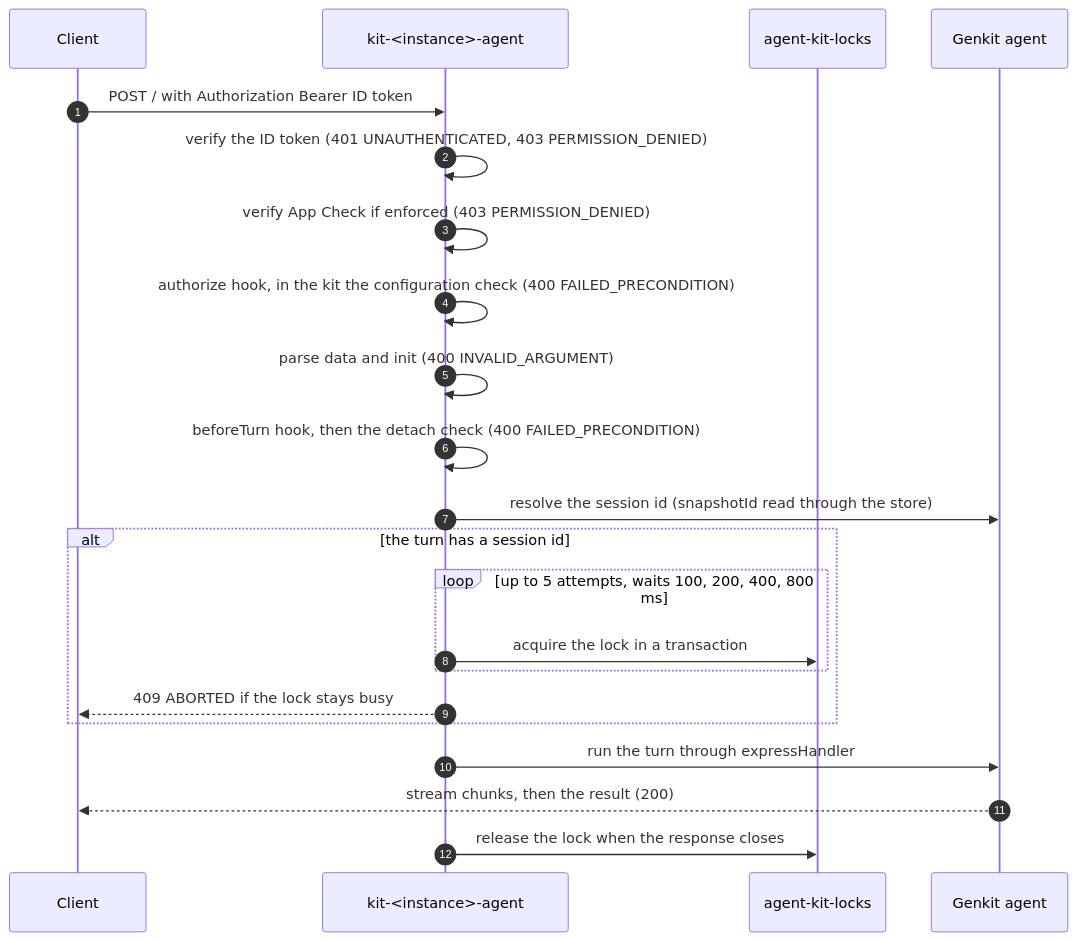
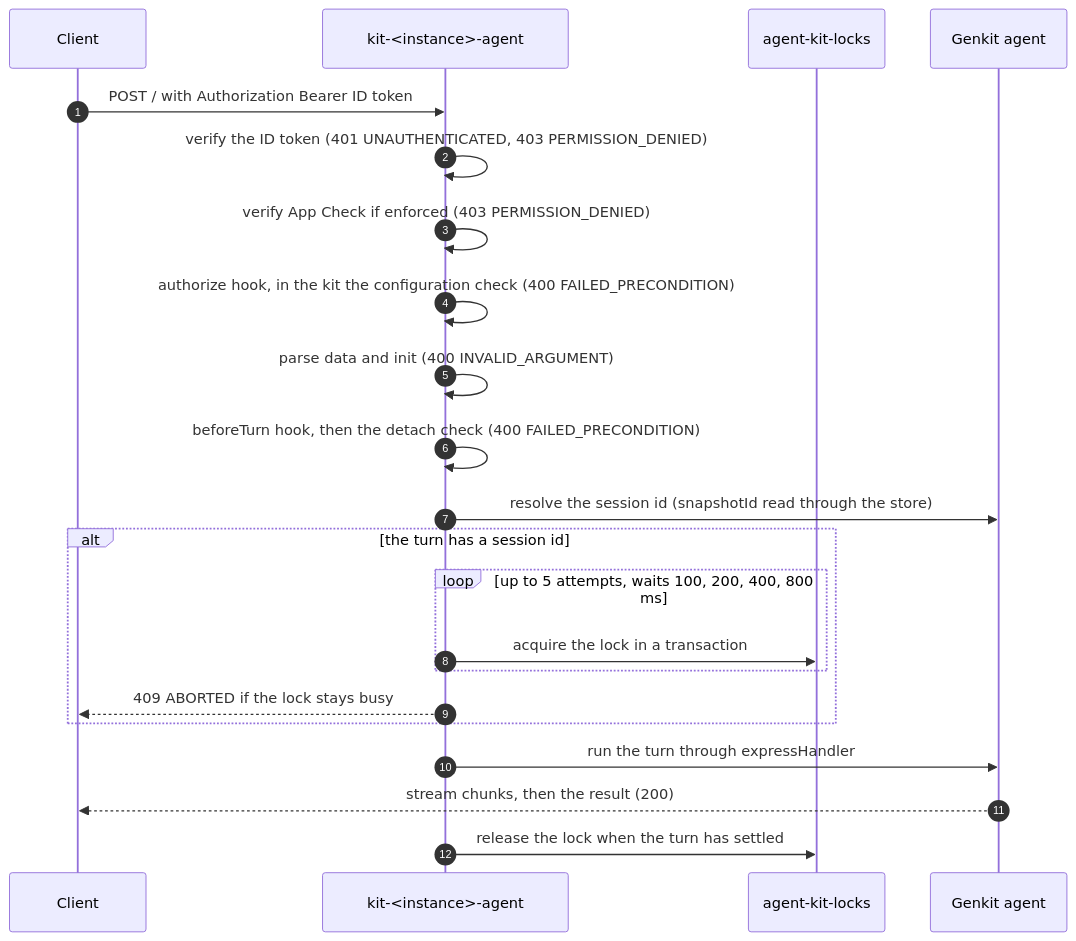
One commit to cabljac/firebase-agent-kit changed the third of 5 diagrams in ARCHITECTURE.md. Above: the diagram before and after it, drawn with Mermaid. The commit also changed other lines of this file and 4 other files, not shown here.

````diff
--- a/ARCHITECTURE.md
+++ b/ARCHITECTURE.md
@@ -54,25 +54,25 @@
 ```mermaid
 sequenceDiagram
     autonumber
     participant C as Client
     participant R as kit-#lt;instance#gt;-agent
     participant L as agent-kit-locks
     participant A as Genkit agent
 
     C->>R: POST / with Authorization Bearer ID token
     R->>R: verify the ID token (401 UNAUTHENTICATED, 403 PERMISSION_DENIED)
     R->>R: verify App Check if enforced (403 PERMISSION_DENIED)
     R->>R: authorize hook, in the kit the configuration check (400 FAILED_PRECONDITION)
     R->>R: parse data and init (400 INVALID_ARGUMENT)
     R->>R: beforeTurn hook, then the detach check (400 FAILED_PRECONDITION)
     R->>A: resolve the session id (snapshotId read through the store)
     alt the turn has a session id
         loop up to 5 attempts, waits 100, 200, 400, 800 ms
             R->>L: acquire the lock in a transaction
         end
         R-->>C: 409 ABORTED if the lock stays busy
     end
     R->>A: run the turn through expressHandler
     A-->>C: stream chunks, then the result (200)
-    R->>L: release the lock when the response closes
+    R->>L: release the lock when the turn has settled
 ```
````
